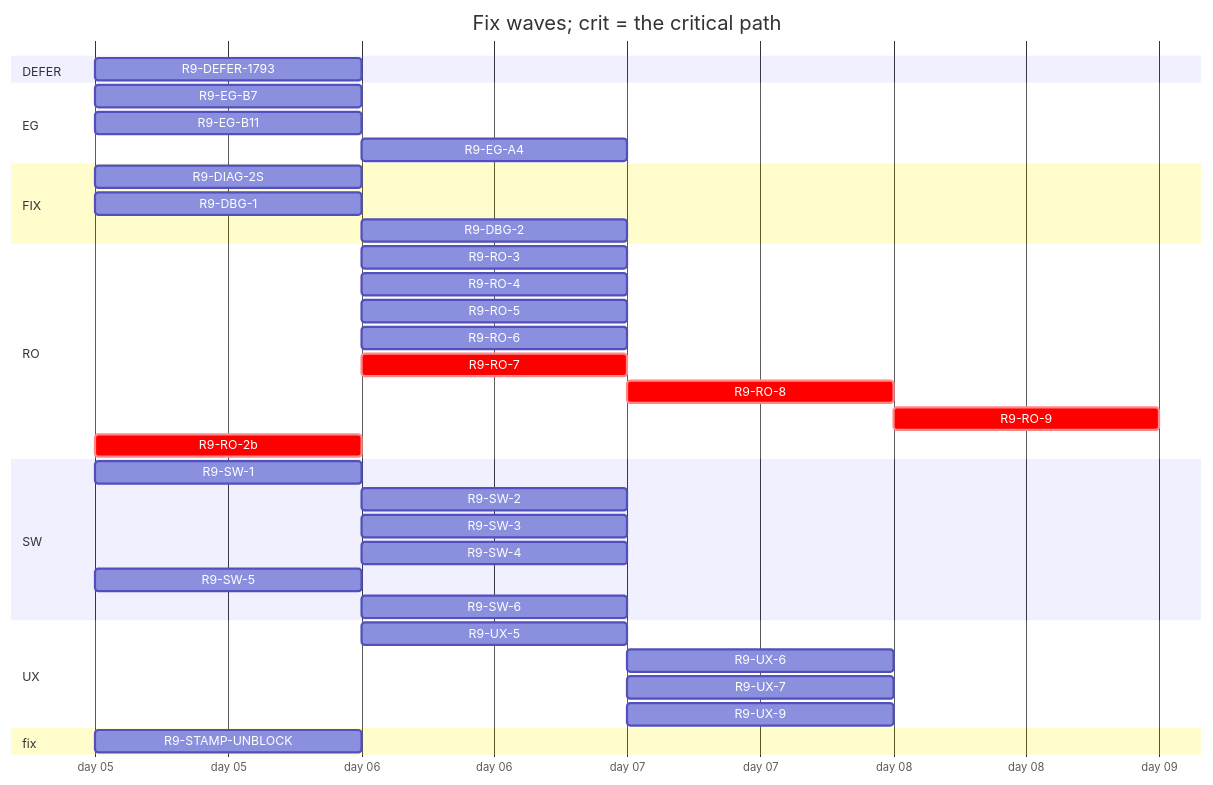
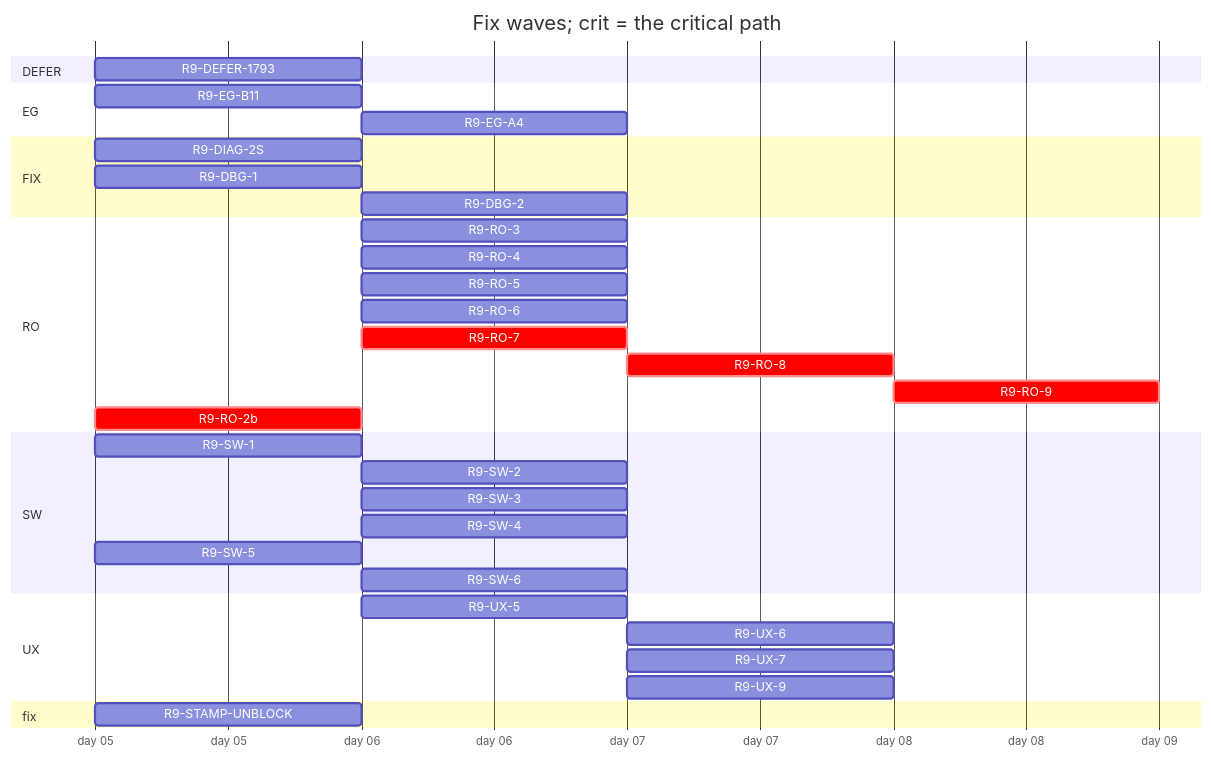
The diagram in handoff/round9/state/PLAN-TABLE.md (tvofi/heatpump_optimizer), drawn with Mermaid before and after one commit. The commit also changed other lines of this file and 2 other files, not shown here.

````diff
--- a/handoff/round9/state/PLAN-TABLE.md
+++ b/handoff/round9/state/PLAN-TABLE.md
@@ -20,39 +20,38 @@
 ```mermaid
 gantt
   title Fix waves; crit = the critical path
   dateFormat YYYY-MM-DD
   axisFormat day %d
   section DEFER
     R9-DEFER-1793 :r9DEFER1793, 2026-01-05, 1d
   section EG
-    R9-EG-B7 :r9EGB7, 2026-01-05, 1d
     R9-EG-B11 :r9EGB11, 2026-01-05, 1d
-    R9-EG-A4 :r9EGA4, after r9EGB7 r9EGB11, 1d
+    R9-EG-A4 :r9EGA4, after r9EGB11, 1d
   section FIX
     R9-DIAG-2S :r9DIAG2S, 2026-01-05, 1d
     R9-DBG-1 :r9DBG1, 2026-01-05, 1d
     R9-DBG-2 :r9DBG2, after r9DBG1, 1d
   section RO
     R9-RO-3 :r9RO3, after r9RO2b, 1d
     R9-RO-4 :r9RO4, after r9RO2b, 1d
     R9-RO-5 :r9RO5, after r9RO2b, 1d
     R9-RO-6 :r9RO6, after r9RO2b, 1d
     R9-RO-7 :crit, r9RO7, after r9RO2b, 1d
     R9-RO-8 :crit, r9RO8, after r9RO2b r9RO7, 1d
     R9-RO-9 :crit, r9RO9, after r9RO3 r9RO4 r9RO5 r9RO6 r9RO8 r9EGA4 r9SW4 r9UX5 r9UX6 r9UX7, 1d
     R9-RO-2b :crit, r9RO2b, 2026-01-05, 1d
   section SW
     R9-SW-1 :r9SW1, 2026-01-05, 1d
     R9-SW-2 :r9SW2, after r9SW1, 1d
     R9-SW-3 :r9SW3, after r9SW1, 1d
     R9-SW-4 :r9SW4, after r9SW1, 1d
     R9-SW-5 :r9SW5, 2026-01-05, 1d
     R9-SW-6 :r9SW6, after r9SW1, 1d
   section UX
     R9-UX-5 :r9UX5, after r9SW1, 1d
-    R9-UX-6 :r9UX6, after r9EGB7 r9EGB11 r9UX5, 1d
+    R9-UX-6 :r9UX6, after r9EGB11 r9UX5, 1d
     R9-UX-7 :r9UX7, after r9EGB11 r9UX5, 1d
     R9-UX-9 :r9UX9, after r9SW6, 1d
   section fix
     R9-STAMP-UNBLOCK :r9STAMPUNBLOCK, 2026-01-05, 1d
 ```
````
